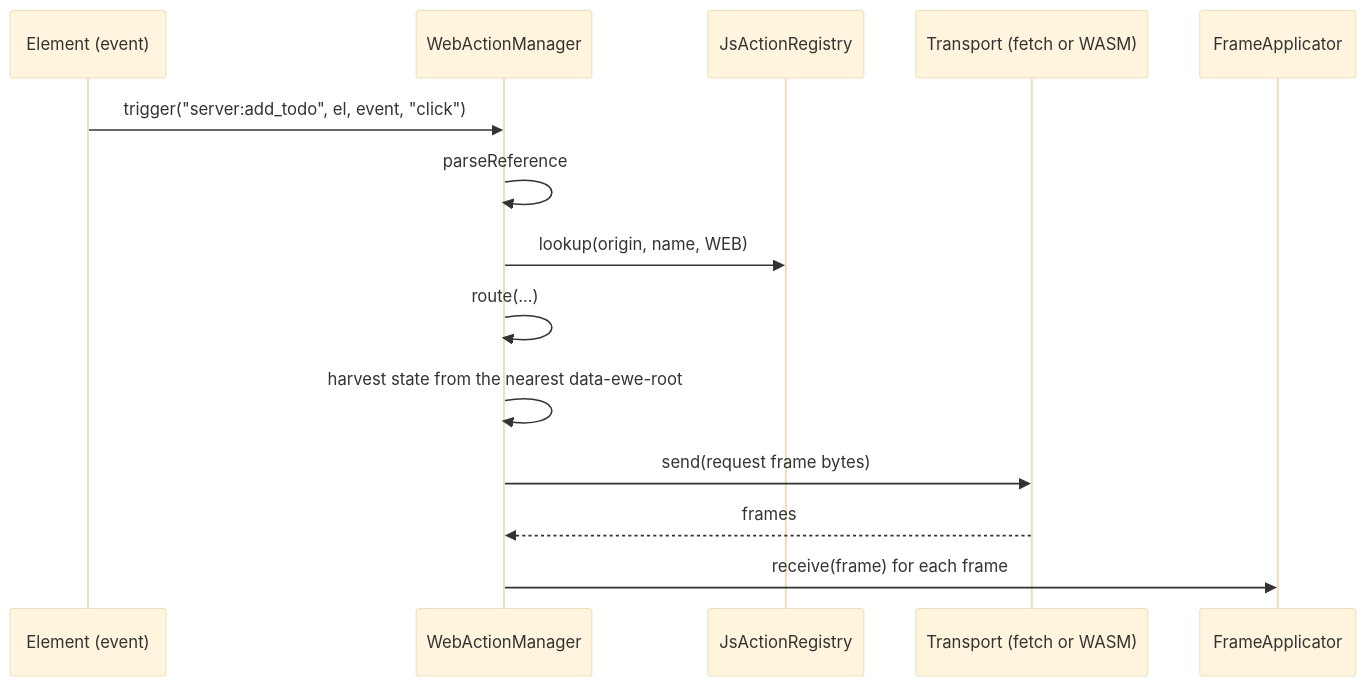
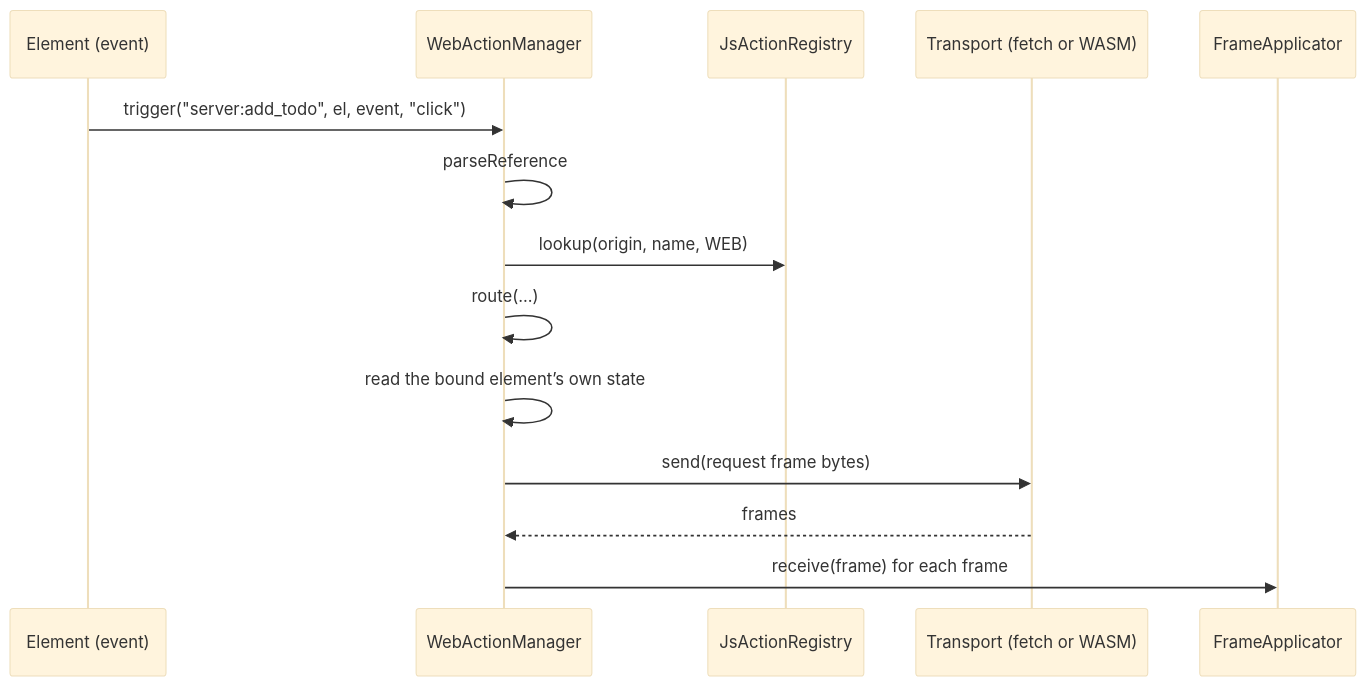
Before and after one commit to ewe-studios/ewe_platform: the diagram in specifications/69-foundation-ui-v2/features/10-web-action-manager/feature.md, drawn with Mermaid (base theme). The commit also changed other lines of this file and 10 other files, not shown here.

````diff
--- a/specifications/69-foundation-ui-v2/features/10-web-action-manager/feature.md
+++ b/specifications/69-foundation-ui-v2/features/10-web-action-manager/feature.md
@@ -426,16 +426,16 @@
 ```mermaid
 sequenceDiagram
     participant E as Element (event)
     participant M as WebActionManager
     participant R as JsActionRegistry
     participant T as Transport (fetch or WASM)
     participant F as FrameApplicator
     E->>M: trigger("server:add_todo", el, event, "click")
     M->>M: parseReference
     M->>R: lookup(origin, name, WEB)
     M->>M: route(...)
-    M->>M: harvest state from the nearest data-ewe-root
+    M->>M: read the bound element’s own state
     M->>T: send(request frame bytes)
     T-->>M: frames
     M->>F: receive(frame) for each frame
 ```
````
